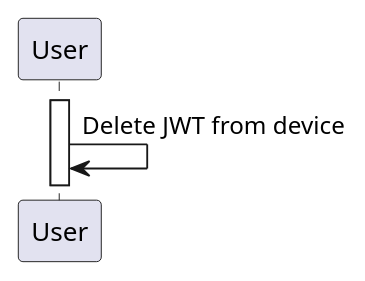
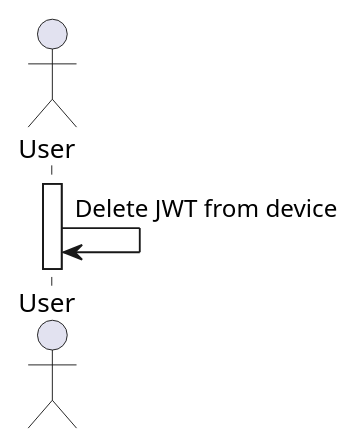
Before and after one commit to jadwalapp/symmetrical-spoon: the fourth of 14 diagrams in docs/diagrams/sequence-diagrams/all-sequence-diagrams.puml, drawn with PlantUML. The commit also changed other lines of this file and 4 other files, not shown here.

Commit message:
enhance sequence diagrams and use case diagram

```diff
--- a/docs/diagrams/sequence-diagrams/all-sequence-diagrams.puml
+++ b/docs/diagrams/sequence-diagrams/all-sequence-diagrams.puml
@@ -91,6 +104,8 @@
 @startuml Log out
+actor User
+
 activate User
 
 User -> User : Delete JWT from device
 
 @enduml
```
